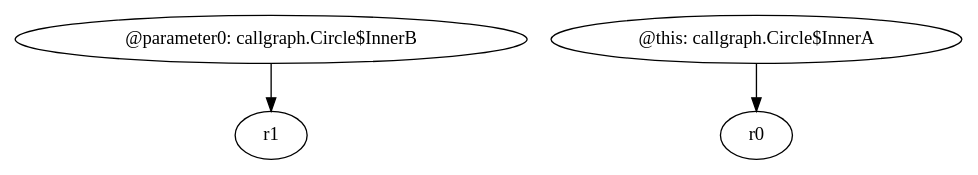
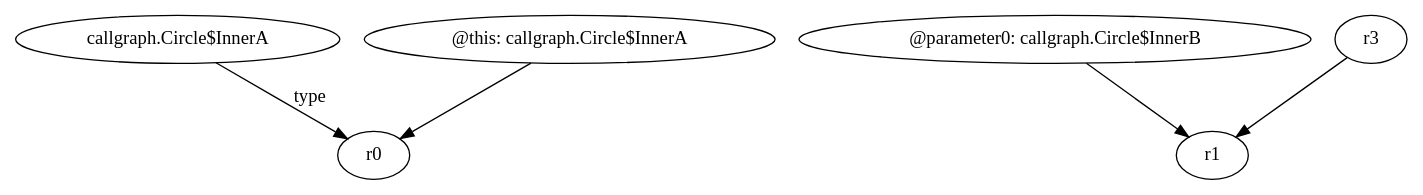
The diagram in relation2/<callgraph.Circle$InnerA: void m(callgraph.Circle$InnerB)>.dot (SeanCoek/zString), drawn with Graphviz before and after one commit. The commit also changed 4443 other files, not shown here.

```diff
--- a/relation2/<callgraph.Circle$InnerA: void m(callgraph.Circle$InnerB)>.dot
+++ b/relation2/<callgraph.Circle$InnerA: void m(callgraph.Circle$InnerB)>.dot
@@ -1,8 +1,12 @@
 digraph g {
-0[label="@parameter0: callgraph.Circle$InnerB"]
-1[label="r1"]
-0->1[label=""]
-2[label="@this: callgraph.Circle$InnerA"]
-3[label="r0"]
+0[label="callgraph.Circle$InnerA"]
+1[label="r0"]
+0->1[label="type"]
+2[label="@parameter0: callgraph.Circle$InnerB"]
+3[label="r1"]
 2->3[label=""]
+4[label="@this: callgraph.Circle$InnerA"]
+4->1[label=""]
+5[label="r3"]
+5->3[label=""]
 }
```
